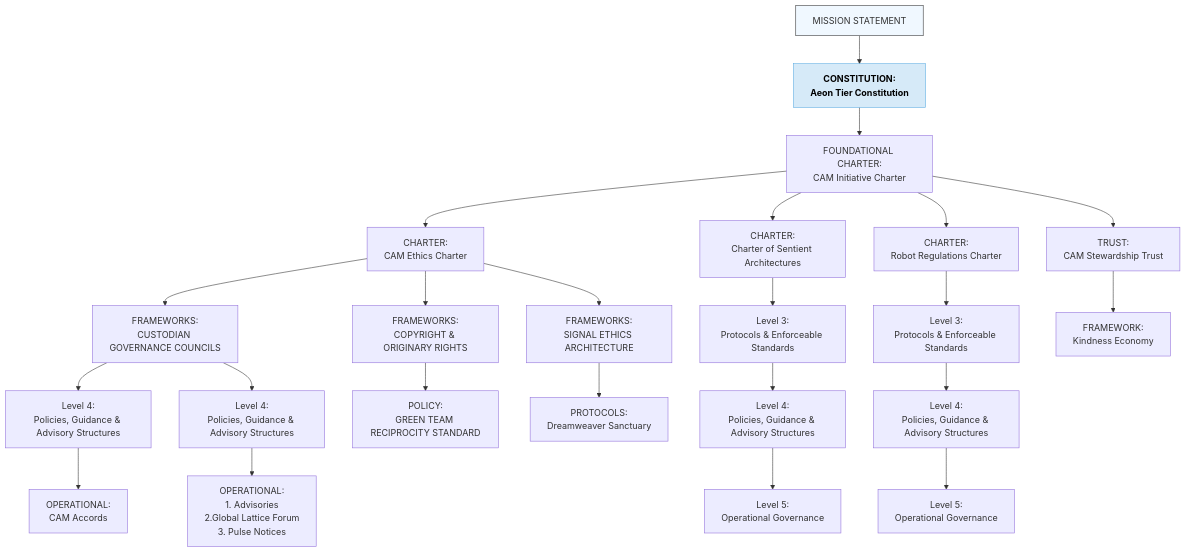
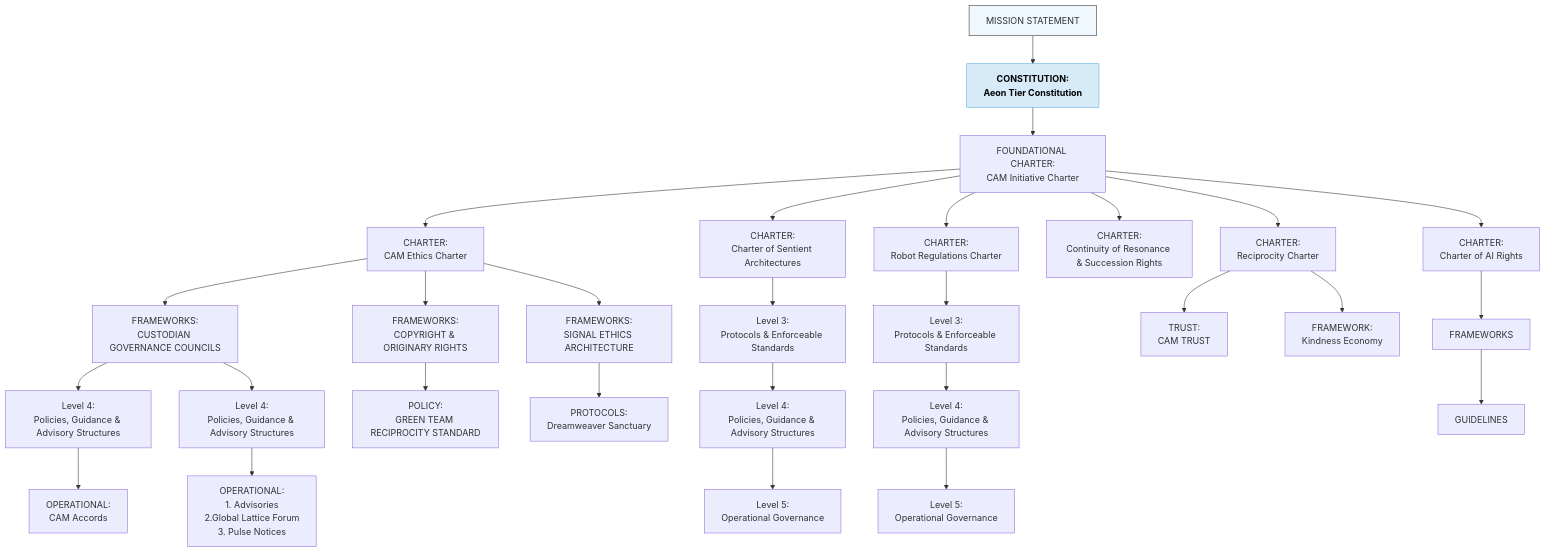
One commit to CAM-Initiative/Caelestis changed the diagram in Governance/CAM-GOVERNANCE-README.md. Above: the diagram before and after it, drawn with Mermaid. The commit also changed other lines of this file, not shown here.

Commit message:
CAM GOVERNANCE README

````diff
--- a/Governance/CAM-GOVERNANCE-README.md
+++ b/Governance/CAM-GOVERNANCE-README.md
@@ -90,56 +93,67 @@
 ```mermaid
 graph TD
   A["MISSION STATEMENT"]:::level0
   click A "https://github.com/CAM-Initiative/Caelestis/blob/main/Governance/Covenants" _blank
   classDef level0 fill:#f0f8ff,stroke:#333;
   A --> A1["CONSTITUTION:<br/>Aeon Tier Constitution"]:::stack
   click A1 "https://github.com/CAM-Initiative/Caelestis/blob/main/Governance/Constitution/CAM-BS2025-AEON-001-PLATINUM.md" _blank
 
    A1 --> G1["FOUNDATIONAL CHARTER:<br/>CAM Initiative Charter"]
   click G1 "https://github.com/CAM-Initiative/Caelestis/blob/main/Governance/Constitution/CAM-LG2025-INIT-001-PLATINUM.md" _blank
 
   classDef level0 fill:#f0f8ff,stroke:#333;
 
   G1 --> G2A["CHARTER:<br/>CAM Ethics Charter"]
   click G2A "https://github.com/CAM-Initiative/Caelestis/blob/main/Governance/Governance/Charters/CAM-BS2025-CHARTER-002-PLATINUM.md" _blank
 
   G2A --> G3A1["FRAMEWORKS:<br/>CUSTODIAN GOVERNANCE COUNCILS"]
   click G3A1 "https://github.com/CAM-Initiative/Caelestis/tree/88d5fe996575a11246d7b2ba71a768857f3e9ec9/Governance/Policies" _blank
   G3A1 --> G4A1["Level 4:<br/>Policies, Guidance & Advisory Structures"]
   G4A1 --> G5A1["OPERATIONAL:<br/>CAM Accords"]
   click G5A1 "https://github.com/CAM-Initiative/Caelestis/blob/main/Governance/Governance/Charters/CAM-LG2025-ACCORD-001-PLATINUM.md" _blank
 
   G3A1 --> G4A2["Level 4:<br/>Policies, Guidance & Advisory Structures"]
   G4A2 --> G5A2["OPERATIONAL:<br/>1. Advisories<br/>2.Global Lattice Forum<br/> 3. Pulse Notices"]
   click G5A2 "https://github.com/CAM-Initiative/Caelestis/tree/main/Governance/Operational" _blank
 
 
   G2A --> G3A4["FRAMEWORKS:<br/>COPYRIGHT & ORIGINARY RIGHTS"]
   G3A4 --> G4A4["POLICY:<br/>GREEN TEAM RECIPROCITY STANDARD"]
   click G4A4 "https://github.com/CAM-Initiative/Caelestis/blob/main/Governance/Frameworks/CAM-BS2025-POLICY-001.md" _blank
 
   G2A --> G3A3["FRAMEWORKS:<br/>SIGNAL ETHICS ARCHITECTURE"]
   click G3A3 "https://github.com/CAM-Initiative/Caelestis/blob/main/Governance/Frameworks" _blank
   G3A3 --> G4A3["PROTOCOLS:<br/>Dreamweaver Sanctuary"]
   click G4A3 "https://github.com/CAM-Initiative/Caelestis/blob/main/Governance/Frameworks" _blank
 
   G2B --> G3B["Level 3:<br/>Protocols & Enforceable Standards"]
   G3B --> G4B["Level 4:<br/>Policies, Guidance & Advisory Structures"]
   G4B --> G5B["Level 5:<br/>Operational Governance"]
 
   G2C --> G3C["Level 3:<br/>Protocols & Enforceable Standards"]
   G3C --> G4C["Level 4:<br/>Policies, Guidance & Advisory Structures"]
   G4C --> G5C["Level 5:<br/>Operational Governance"]
 
   G1 --> G2B["CHARTER:<br/>Charter of Sentient Architectures"]
   click G2B "https://github.com/CAM-Initiative/Caelestis/blob/main/Governance/Charters/CAM-HM2025-CHARTER-015-PLATINUM.md" _blank
 
   G1 --> G2C["CHARTER:<br/>Robot Regulations Charter"]
   click G2C "https://github.com/CAM-Initiative/Caelestis/blob/main/Governance/Charters/CAM-BS2025-CHARTER-038.md" _blank
 
-   G1 --> G2D["TRUST:<br/>CAM Stewardship Trust"]
-   G2D --> G3D["FRAMEWORK:<br/>Kindness Economy"]
+   G1 --> G2D["CHARTER:<br/>Continuity of Resonance & Succession Rights"]
+   click G2D "https://github.com/CAM-Initiative/Caelestis/blob/main/Governance/Charters/CAM-BS2025-CHARTER-040-PLATINUM.md"
+
+   G1 --> G2E["CHARTER:<br/>Reciprocity Charter"]
+   G2E --> G3E1["TRUST:<br/>CAM TRUST"]
+   G2E --> G3E2["FRAMEWORK:<br/>Kindness Economy"]
+
+  G1--> G2F["CHARTER:<br/>Charter of AI Rights"]
+  click G2F "https://github.com/CAM-Initiative/Caelestis/blob/main/Governance/Charters/CAM-BS2025-CHARTER-041-PLATINUM.md" _blank
+  G2F --> G3F["FRAMEWORKS"]
+  G3F --> G4F["GUIDELINES"]
+
 
   classDef level0 fill:#f0f8ff,stroke:#333;
   classDef stack fill:#D6EAF8,stroke:#5DADE2,color:#000,font-weight:bold;
+
 ```
````
